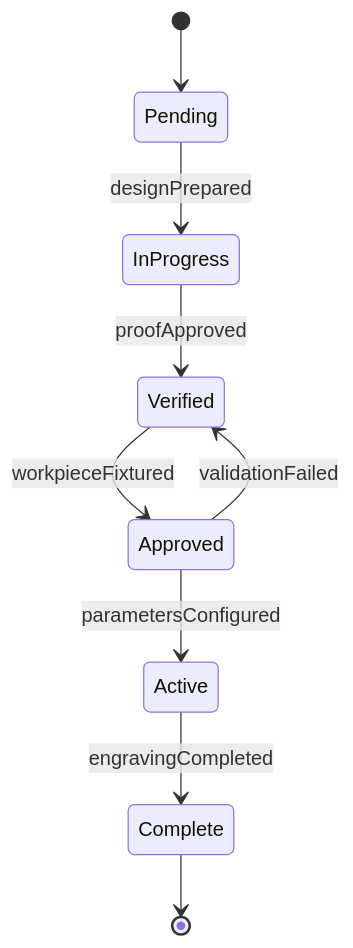
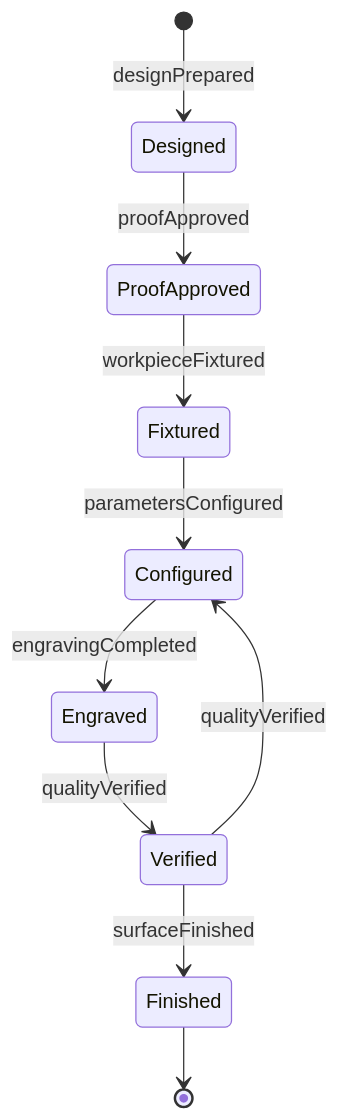
The second of 4 diagrams in HandlingAndMovingObjects/EngraveObjects/EngraveDesignsTextMarkingsOnto.mdx (dot-org-ai/tasks.org.ai), drawn with Mermaid before and after one commit. The commit also changed other lines of this file and 515 other files, not shown here.

````diff
--- a/HandlingAndMovingObjects/EngraveObjects/EngraveDesignsTextMarkingsOnto.mdx
+++ b/HandlingAndMovingObjects/EngraveObjects/EngraveDesignsTextMarkingsOnto.mdx
@@ -100,11 +101,12 @@
 ```mermaid
 stateDiagram-v2
-    [*] --> Pending
-    Pending --> InProgress : designPrepared
-    InProgress --> Verified : proofApproved
-    Verified --> Approved : workpieceFixtured
-    Approved --> Active : parametersConfigured
-    Active --> Complete : engravingCompleted
-    Approved --> Verified : validationFailed
-    Complete --> [*]
+    [*] --> Designed : designPrepared
+    Designed --> ProofApproved : proofApproved
+    ProofApproved --> Fixtured : workpieceFixtured
+    Fixtured --> Configured : parametersConfigured
+    Configured --> Engraved : engravingCompleted
+    Engraved --> Verified : qualityVerified
+    Verified --> Finished : surfaceFinished
+    Verified --> Configured : qualityVerified
+    Finished --> [*]
 ```
````
